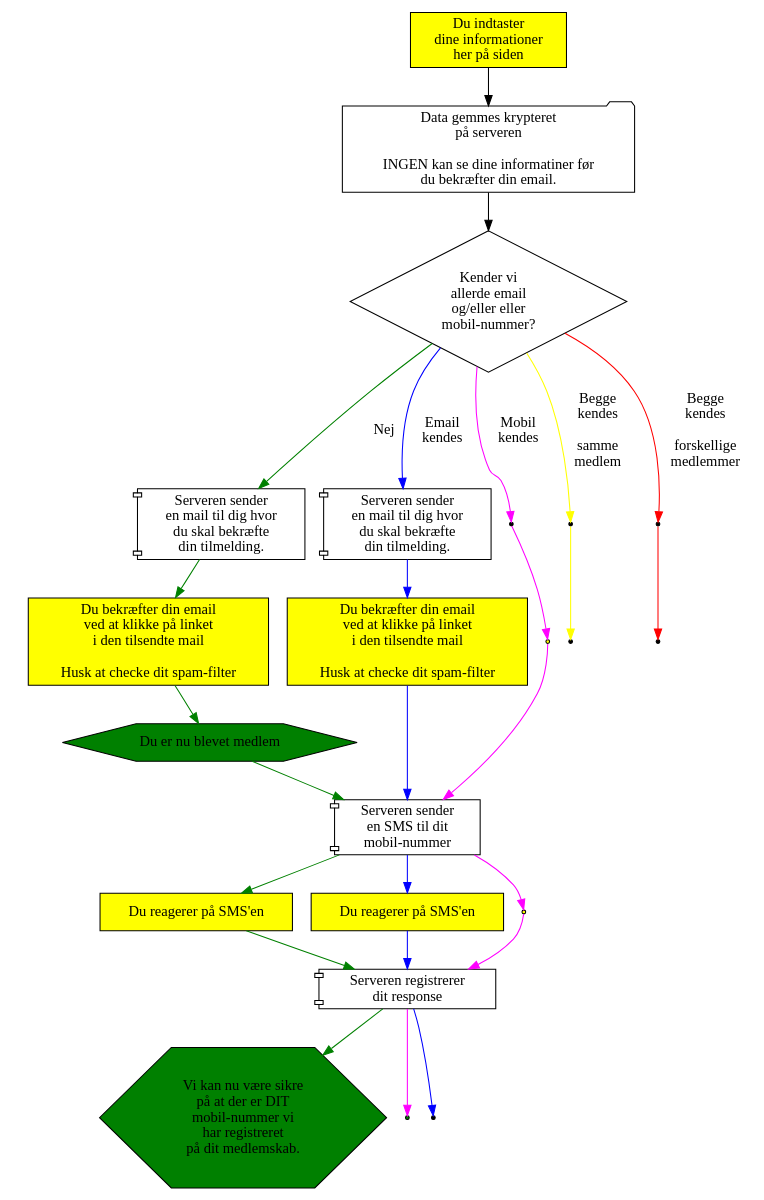
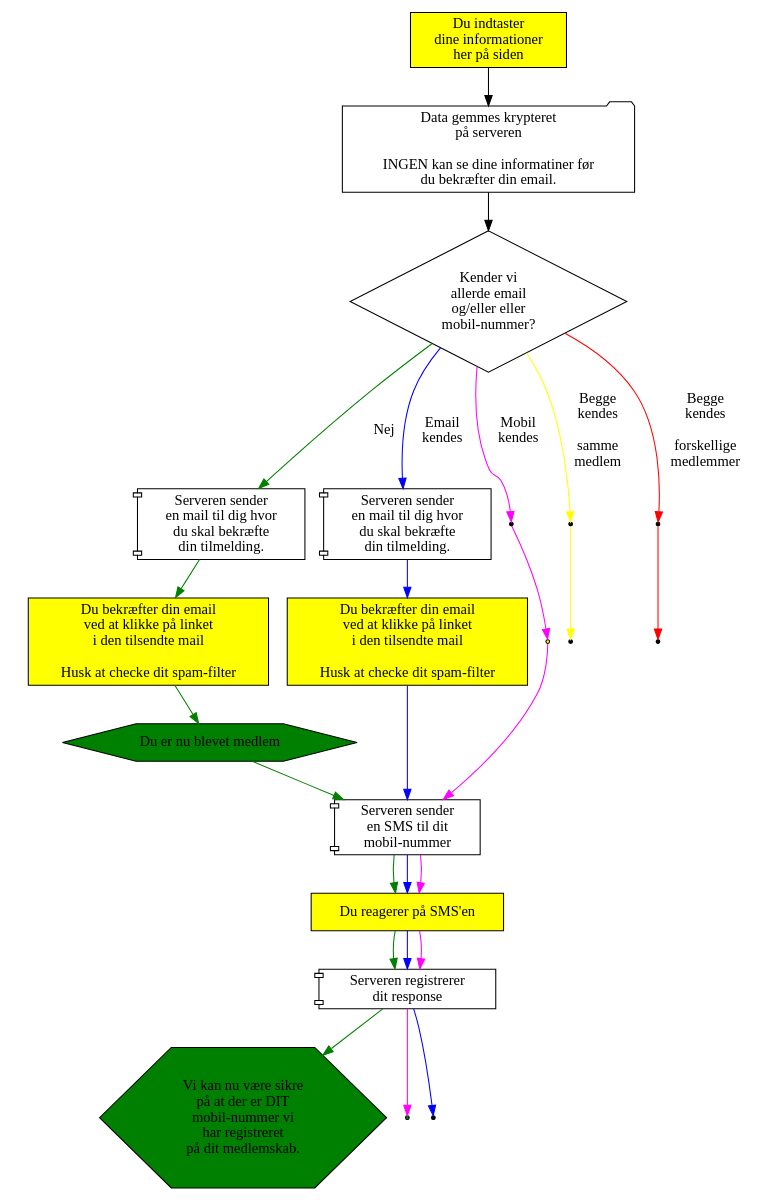
Before and after one commit to alslug/alslug.dk: the diagram in medlemskab/indmeldelse.dot, drawn with Graphviz.

```diff
--- a/medlemskab/indmeldelse.dot
+++ b/medlemskab/indmeldelse.dot
@@ -1,75 +1,66 @@
 digraph indmeldelse {
   { # Dine handlinger
     node [ shape=box style=filled fillcolor=yellow ];
     indtast                [label="Du indtaster\ndine informationer\nher på siden"];
     subgraph cluster_server_sender_email {
       style=invis;
       node                 [label="Du bekræfter din email\nved at klikke på linket\ni den tilsendte mail\n\nHusk at checke dit spam-filter"];
       confirm_email_nyt_medlem;
       confirm_email_email_known;
       confirm_email_mobil_known [shape=point];
     }
-    subgraph cluster_server_sender_sms {
-      style=invis;
-      node                 [label="Du reagerer på SMS'en"];
-      confirm_sms_nyt_medlem;
-      confirm_sms_email_known;
-      confirm_sms_mobil_known [shape=point];
-    }
+    confirm_sms [label="Du reagerer på SMS'en"];
   }
   send_tilmelding        [shape=folder label="Data gemmes krypteret \n på serveren \n \n INGEN kan se dine informatiner før \n du bekræfter din email."];
   { # Server-aktiviteter
     node [shape=component];
     subgraph cluster_server_sender_email {
       style=invis;
       node                 [label="Serveren sender \n en mail til dig hvor \n du skal bekræfte \n din tilmelding."];
       server_sender_emai_nyt_medlem;
       server_sender_email_email_known;
       server_sender_email_mobil_known [shape=point];
     }
     server_sender_sms [label="Serveren sender \n en SMS til dit \n mobil-nummer"];
     sms_confirmed     [label="Serveren registrerer \n dit response"];
   }
   { # Results
     node [shape=hexagon   style=filled fillcolor=green ];
     du_biver_medlem        [label="Du er nu blevet medlem"];
     mobile_ok              [label="Vi kan nu være sikre \n på at der er DIT \n mobil-nummer vi \n har registreret \n på dit medlemskab."]; 
     email_added            [label="Den nye \n ekstra email er \n registreret." shape=point];
   }
   { # Valg
     node [shape=diamond];
     findes_allerede        [label="Kender vi \n allerde email \n og/eller eller \n mobil-nummer?"];
   }
 
   node [shape=point];
 
   indtast -> send_tilmelding -> findes_allerede;
   {
     edge [color=green];
                                 findes_allerede -> server_sender_emai_nyt_medlem   [label="Nej"];
-                                                   server_sender_emai_nyt_medlem   -> confirm_email_nyt_medlem  -> du_biver_medlem ->
-                                                   server_sender_sms    -> confirm_sms_nyt_medlem    -> sms_confirmed  -> mobile_ok;
+                                                   server_sender_emai_nyt_medlem   -> confirm_email_nyt_medlem  -> du_biver_medlem -> server_sender_sms -> confirm_sms -> sms_confirmed  -> mobile_ok;
   }
   {
     edge [color=blue];
                                 findes_allerede -> server_sender_email_email_known [label="Email \n kendes"];
-                                                   server_sender_email_email_known -> confirm_email_email_known ->
-                                                   server_sender_sms   -> confirm_sms_email_known   -> sms_confirmed -> mobil_ok;
+                                                   server_sender_email_email_known -> confirm_email_email_known ->                    server_sender_sms -> confirm_sms -> sms_confirmed -> mobil_ok;
   }
   {
     edge [color=magenta];
                                 findes_allerede -> server_sender_email_mobil_known [label="Mobil \n kendes"];
-                                                   server_sender_email_mobil_known -> confirm_email_mobil_known ->
-                                                   server_sender_sms   -> confirm_sms_mobil_known   -> sms_confirmed -> email_added;
+                                                   server_sender_email_mobil_known -> confirm_email_mobil_known ->                    server_sender_sms -> confirm_sms -> sms_confirmed -> email_added;
   }
   {
     edge [color=yellow];
                                 findes_allerede-> samme_member                     [label="Begge \n kendes \n\n samme \n medlem"];
                                                   samme_member                     -> already_member_email;
   }
   {
     edge [color=red];
                                 findes_allerede-> different_members                [label="Begge \n kendes \n\n forskellige \n medlemmer"];
                                                   different_members                -> diffierent_members_email;
   }
 }
```
